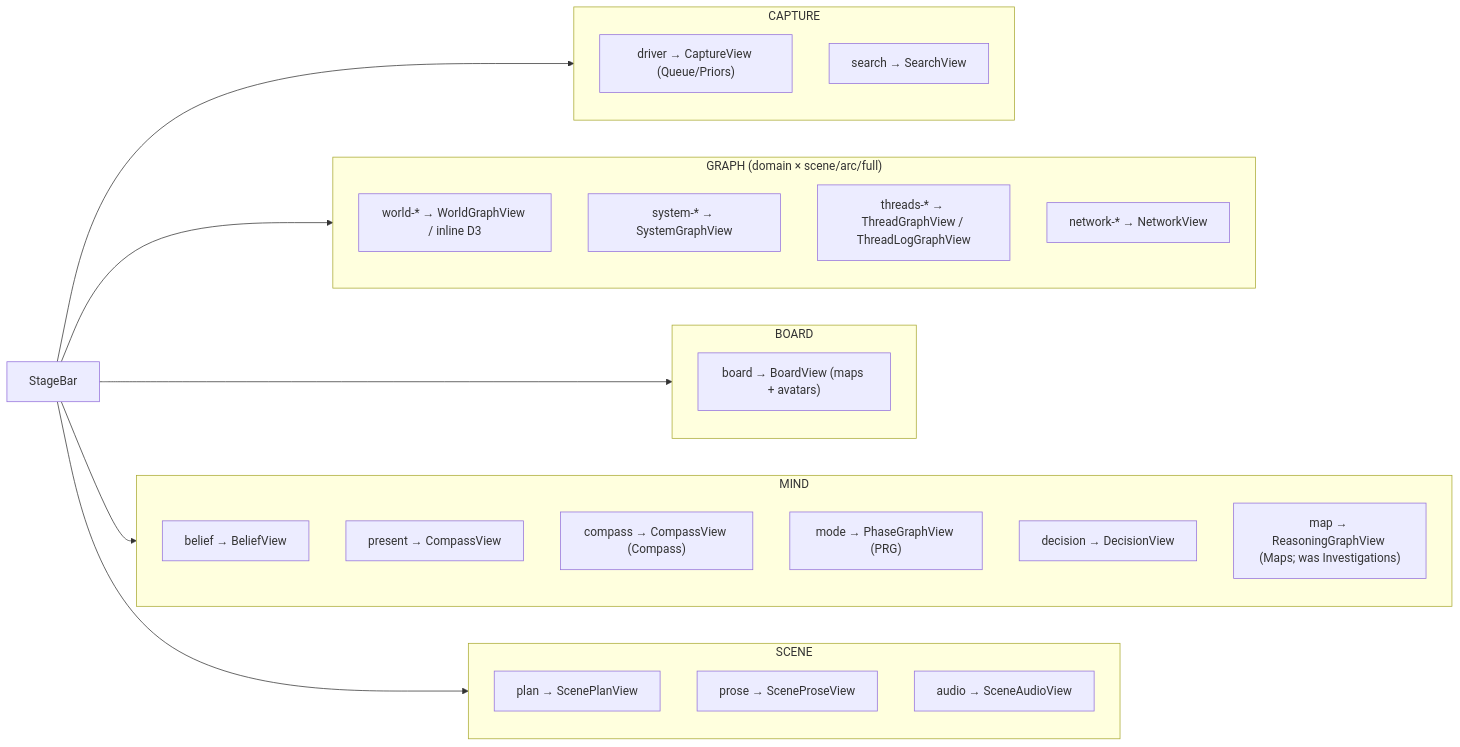
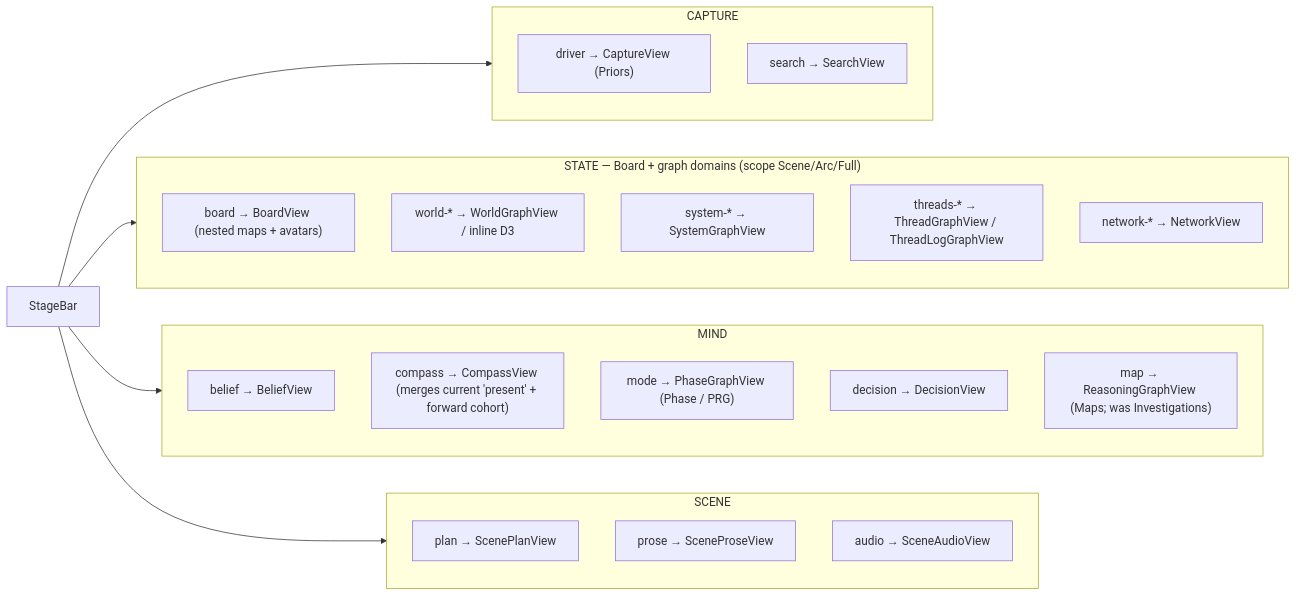
Before and after one commit to jasonyu0100/meridians: the third of 7 diagrams in MERMAID.md, drawn with Mermaid. The commit also changed other lines of this file and 2 other files, not shown here.

Commit message:
Docs: update MERMAID for the 4-cluster restructure (Capture/State/Mind/Scene)
State now bundles Board + graph domains; Present folded into the Compass tab.

````diff
--- a/MERMAID.md
+++ b/MERMAID.md
@@ -63,32 +63,29 @@
 ```mermaid
 flowchart LR
     CTB["StageBar"]
-    CTB --> Capture & Graph & Board & Mind & Scene
+    CTB --> Capture & State & Mind & Scene
 
     subgraph Capture["CAPTURE"]
-        d1["driver → CaptureView (Queue/Priors)"]
+        d1["driver → CaptureView (Priors)"]
         d2["search → SearchView"]
     end
-    subgraph Graph["GRAPH (domain × scene/arc/full)"]
+    subgraph State["STATE — Board + graph domains (scope Scene/Arc/Full)"]
+        b1["board → BoardView (nested maps + avatars)"]
         g1["world-* → WorldGraphView / inline D3"]
         g2["system-* → SystemGraphView"]
         g3["threads-* → ThreadGraphView / ThreadLogGraphView"]
         g4["network-* → NetworkView"]
     end
-    subgraph Board["BOARD"]
-        b1["board → BoardView (maps + avatars)"]
-    end
     subgraph Mind["MIND"]
         c1["belief → BeliefView"]
-        c2["present → CompassView"]
-        c3["compass → CompassView (Compass)"]
-        c4["mode → PhaseGraphView (PRG)"]
-        c5["decision → DecisionView"]
-        c6["map → ReasoningGraphView (Maps; was Investigations)"]
+        c2["compass → CompassView (merges current 'present' + forward cohort)"]
+        c3["mode → PhaseGraphView (Phase / PRG)"]
+        c4["decision → DecisionView"]
+        c5["map → ReasoningGraphView (Maps; was Investigations)"]
     end
     subgraph Scene["SCENE"]
-        s2["plan → ScenePlanView"]
-        s3["prose → SceneProseView"]
-        s4["audio → SceneAudioView"]
+        s1["plan → ScenePlanView"]
+        s2["prose → SceneProseView"]
+        s3["audio → SceneAudioView"]
     end
 ```
````
